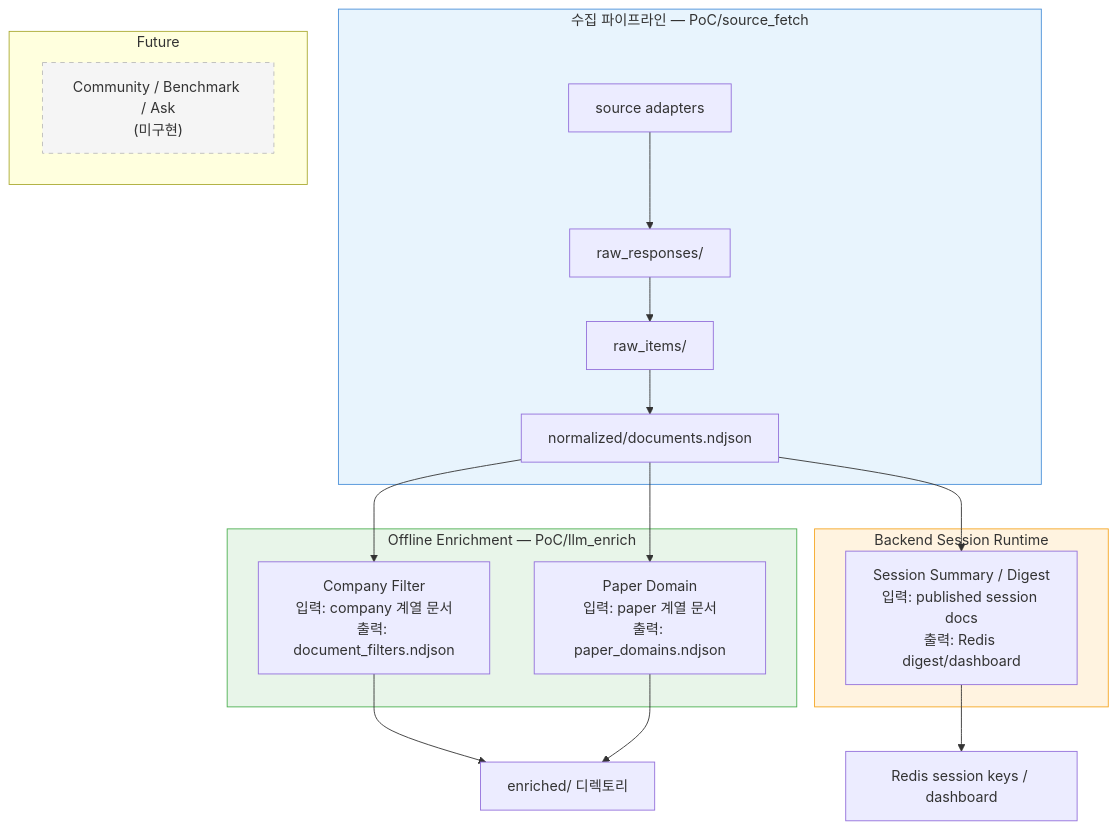
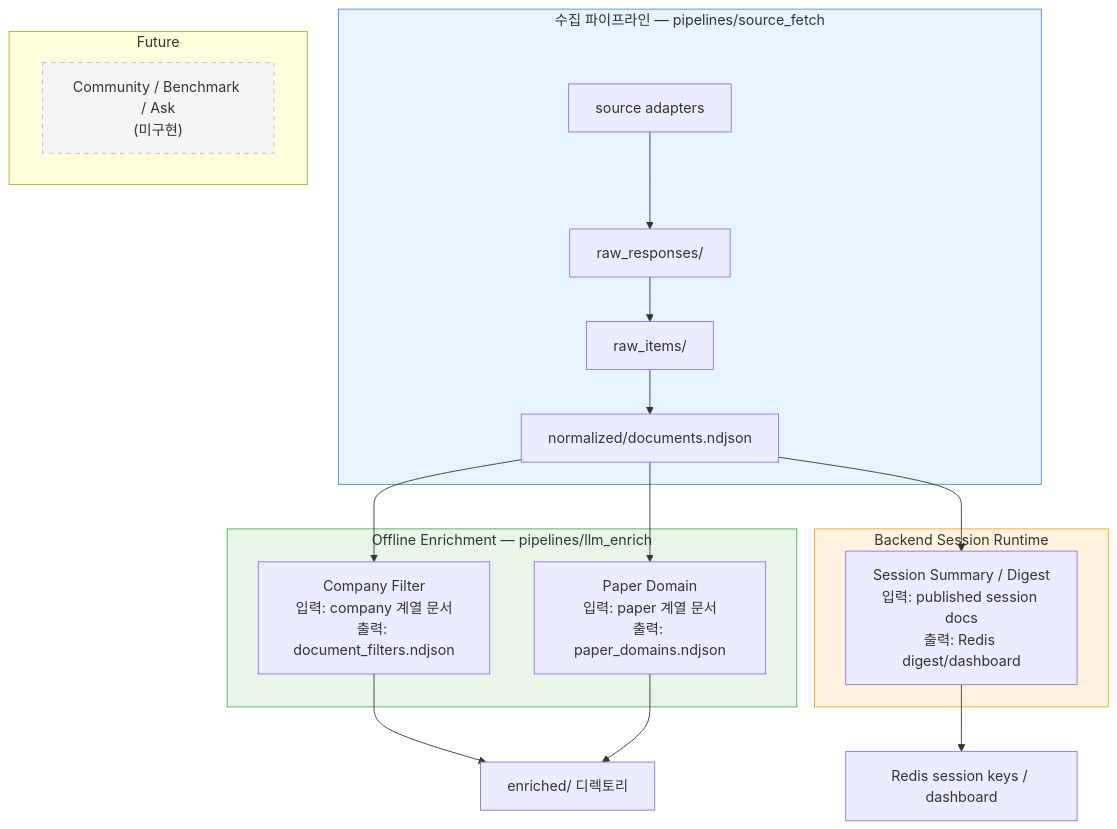
One commit to sparkorbit/sparkorbit changed the first of 3 diagrams in docs/04_llm_usage.md. Above: the diagram before and after it, drawn with Mermaid. The commit also changed other lines of this file and 32 other files, not shown here.

````diff
--- a/docs/04_llm_usage.md
+++ b/docs/04_llm_usage.md
@@ -62,32 +62,32 @@
 ```mermaid
 flowchart TD
-    subgraph Collection["수집 파이프라인 — PoC/source_fetch"]
+    subgraph Collection["수집 파이프라인 — pipelines/source_fetch"]
         A["source adapters"] --> B["raw_responses/"] --> C["raw_items/"] --> D["normalized/documents.ndjson"]
     end
 
     D --> E1
     D --> E2
     D --> E3
 
-    subgraph Enrichment["Offline Enrichment — PoC/llm_enrich"]
+    subgraph Enrichment["Offline Enrichment — pipelines/llm_enrich"]
         E1["Company Filter\n입력: company 계열 문서\n출력: document_filters.ndjson"]
         E2["Paper Domain\n입력: paper 계열 문서\n출력: paper_domains.ndjson"]
     end
 
     subgraph Runtime["Backend Session Runtime"]
         E3["Session Summary / Digest\n입력: published session docs\n출력: Redis digest/dashboard"]
     end
 
     subgraph Future["Future"]
         E4["Community / Benchmark / Ask\n(미구현)"]
     end
 
     E1 --> F["enriched/ 디렉토리"]
     E2 --> F
     E3 --> G["Redis session keys / dashboard"]
 
     style Collection fill:#e8f4fd,stroke:#4a90d9
     style Enrichment fill:#e8f5e9,stroke:#4caf50
     style Runtime fill:#fff3e0,stroke:#f5a623
     style E4 fill:#f5f5f5,stroke:#bbb,stroke-dasharray: 5 5
 ```
````
